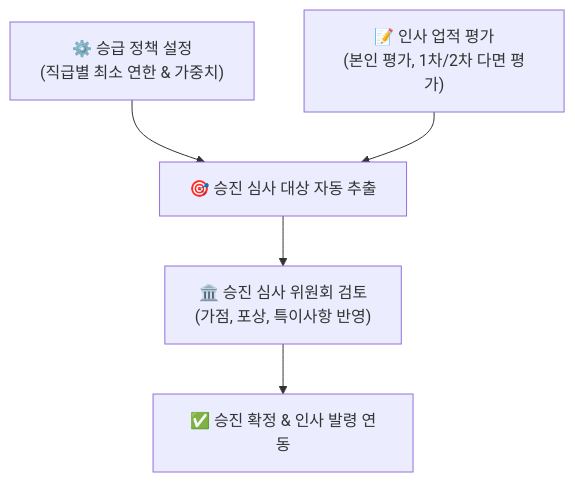
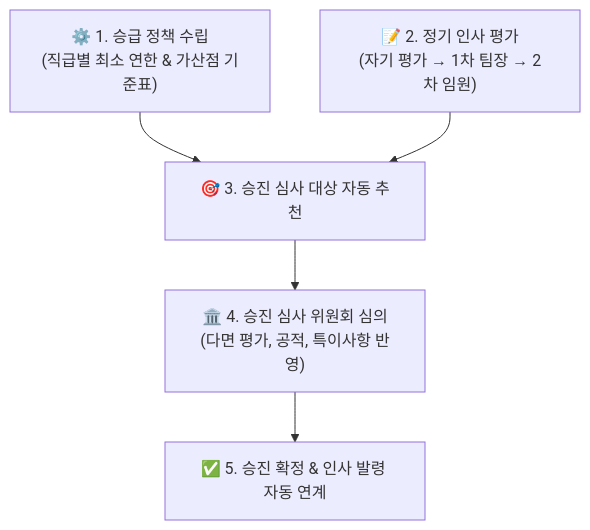
One commit to nc2U/ibs changed the diagram in app/vue/docs/hr-manage/evaluation.md. Above: the diagram before and after it, drawn with Mermaid. The commit also changed other lines of this file and 7 other files, not shown here.

````diff
--- a/app/vue/docs/hr-manage/evaluation.md
+++ b/app/vue/docs/hr-manage/evaluation.md
@@ -8,7 +12,7 @@
 ```mermaid
 flowchart TD
-    A["⚙️ 승급 정책 설정<br>(직급별 최소 연한 & 가중치)"] --> C["🎯 승진 심사 대상 자동 추출"]
-    B["📝 인사 업적 평가<br>(본인 평가, 1차/2차 다면 평가)"] --> C
-    C --> D["🏛️ 승진 심사 위원회 검토<br>(가점, 포상, 특이사항 반영)"]
-    D --> E["✅ 승진 확정 & 인사 발령 연동"]
+    A["⚙️ 1. 승급 정책 수립<br>(직급별 최소 연한 & 가산점 기준표)"] --> C["🎯 3. 승진 심사 대상 자동 추천"]
+    B["📝 2. 정기 인사 평가<br>(자기 평가 → 1차 팀장 → 2차 임원)"] --> C
+    C --> D["🏛️ 4. 승진 심사 위원회 심의<br>(다면 평가, 공적, 특이사항 반영)"]
+    D --> E["✅ 5. 승진 확정 & 인사 발령 자동 연계"]
 ```
````
